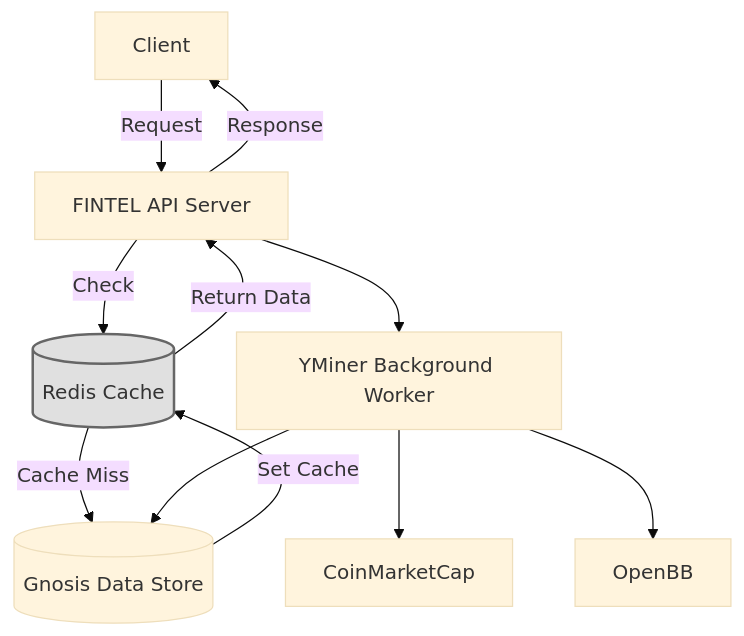
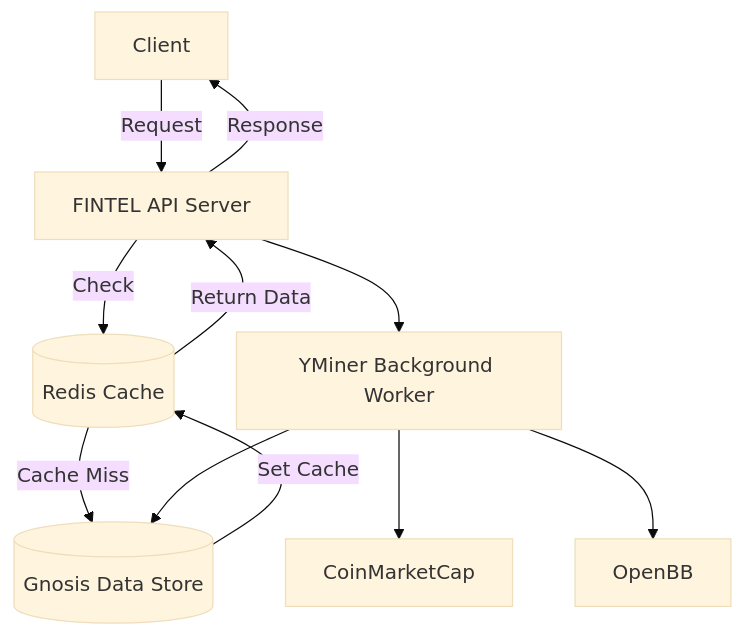
The diagram in README.md (YIG-DAO/fintel-api), drawn with Mermaid (base theme) before and after one commit.

Commit message:
dev: update mermaid diagram

````diff
--- a/README.md
+++ b/README.md
@@ -5,16 +5,14 @@
 ```mermaid
 graph TD
 
     A[Client] -->|Request| B[FINTEL API Server]
     B -->|Check| C[(Redis Cache)]
     C -->|Cache Miss| D[(Gnosis Data Store)]
     D -->|Set Cache| C
     B --> E
     E[YMiner Background Worker] --> D
     E --> F[CoinMarketCap]
     E --> G[OpenBB]
     C -->|Return Data| B
     B -->|Response| A
-
-style C fill:#e0e0e0,stroke:#666,stroke-width:2px,shape: cylinder
 ```
````
